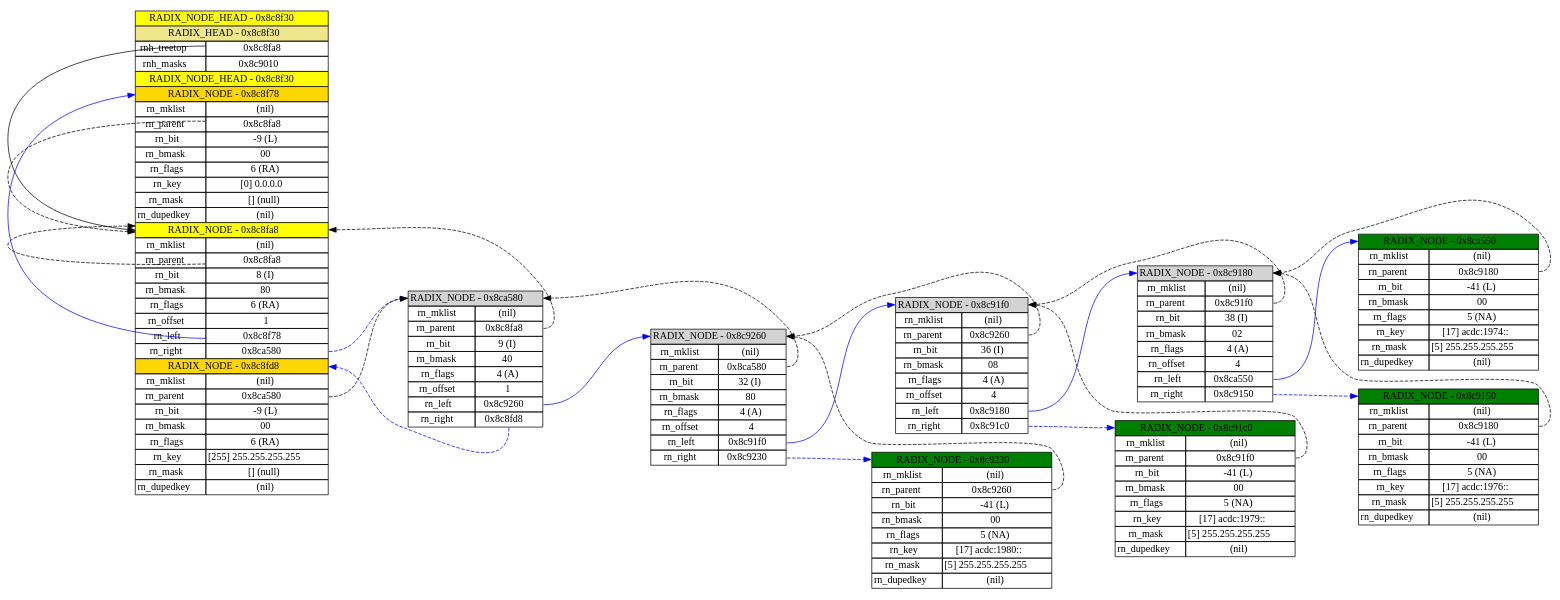
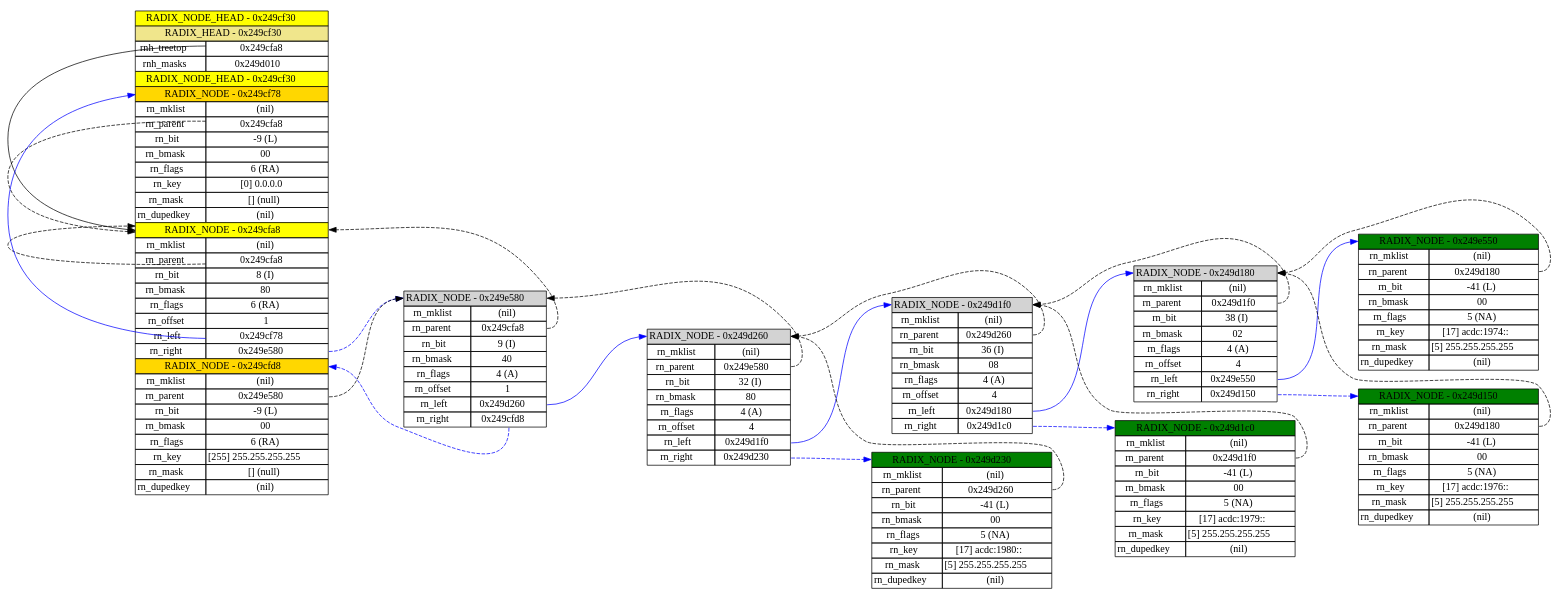
The diagram in pd-images/32c0111e72668ed0815d0192ce4465cf0da51ed9.dot (hertogp/iptable), drawn with Graphviz before and after one commit. The commit also changed 10 other files, not shown here.

```diff
--- a/pd-images/32c0111e72668ed0815d0192ce4465cf0da51ed9.dot
+++ b/pd-images/32c0111e72668ed0815d0192ce4465cf0da51ed9.dot
@@ -1,167 +1,167 @@
 digraph G {
   rankdir="LR";
   ranksep="1.0 equally";
 
-N0x8c8f30 [label=<  <TABLE BORDER="0" CELLBORDER="1" CELLSPACING="0">
-    <TR><TD PORT="N0x8c8f30" COLSPAN="2" BGCOLOR="yellow">RADIX_NODE_HEAD - 0x8c8f30</TD></TR>
-    <TR><TD PORT="N0x8c8f30" COLSPAN="2" BGCOLOR="khaki">RADIX_HEAD - 0x8c8f30</TD></TR>
-    <TR><TD>rnh_treetop</TD><TD PORT="N0x8c8f30_2">0x8c8fa8</TD></TR>
-    <TR><TD>rnh_masks</TD><TD> 0x8c9010 </TD></TR>
-    <TR><TD PORT="N0x8c8f30" COLSPAN="2" BGCOLOR="yellow">RADIX_NODE_HEAD - 0x8c8f30</TD></TR>
-    <TR><TD PORT="N0x8c8f78" COLSPAN="2" BGCOLOR="gold">RADIX_NODE - 0x8c8f78</TD></TR>
+N0x249cf30 [label=<  <TABLE BORDER="0" CELLBORDER="1" CELLSPACING="0">
+    <TR><TD PORT="N0x249cf30" COLSPAN="2" BGCOLOR="yellow">RADIX_NODE_HEAD - 0x249cf30</TD></TR>
+    <TR><TD PORT="N0x249cf30" COLSPAN="2" BGCOLOR="khaki">RADIX_HEAD - 0x249cf30</TD></TR>
+    <TR><TD>rnh_treetop</TD><TD PORT="N0x249cf30_2">0x249cfa8</TD></TR>
+    <TR><TD>rnh_masks</TD><TD> 0x249d010 </TD></TR>
+    <TR><TD PORT="N0x249cf30" COLSPAN="2" BGCOLOR="yellow">RADIX_NODE_HEAD - 0x249cf30</TD></TR>
+    <TR><TD PORT="N0x249cf78" COLSPAN="2" BGCOLOR="gold">RADIX_NODE - 0x249cf78</TD></TR>
     <TR><TD>rn_mklist</TD><TD>(nil)</TD></TR>
-    <TR><TD>rn_parent</TD><TD PORT="N0x8c8f30_7">0x8c8fa8</TD></TR>
+    <TR><TD>rn_parent</TD><TD PORT="N0x249cf30_7">0x249cfa8</TD></TR>
     <TR><TD>rn_bit</TD><TD>-9 (L)</TD></TR>
     <TR><TD>rn_bmask</TD><TD>00</TD></TR>
     <TR><TD>rn_flags</TD><TD>6 (RA)</TD></TR>
     <TR><TD>rn_key</TD><TD>[0] 0.0.0.0</TD></TR>
     <TR><TD>rn_mask</TD><TD>[] (null)</TD></TR>
     <TR><TD>rn_dupedkey</TD><TD>(nil)</TD></TR>
-    <TR><TD PORT="N0x8c8fa8" COLSPAN="2" BGCOLOR="yellow">RADIX_NODE - 0x8c8fa8</TD></TR>
+    <TR><TD PORT="N0x249cfa8" COLSPAN="2" BGCOLOR="yellow">RADIX_NODE - 0x249cfa8</TD></TR>
     <TR><TD>rn_mklist</TD><TD>(nil)</TD></TR>
-    <TR><TD>rn_parent</TD><TD PORT="N0x8c8f30_16">0x8c8fa8</TD></TR>
+    <TR><TD>rn_parent</TD><TD PORT="N0x249cf30_16">0x249cfa8</TD></TR>
     <TR><TD>rn_bit</TD><TD>8 (I)</TD></TR>
     <TR><TD>rn_bmask</TD><TD>80</TD></TR>
     <TR><TD>rn_flags</TD><TD>6 (RA)</TD></TR>
     <TR><TD>rn_offset</TD><TD>1</TD></TR>
-    <TR><TD>rn_left</TD><TD PORT="N0x8c8f30_21">0x8c8f78</TD></TR>
-    <TR><TD>rn_right</TD><TD PORT="N0x8c8f30_22">0x8ca580</TD></TR>
-    <TR><TD PORT="N0x8c8fd8" COLSPAN="2" BGCOLOR="gold">RADIX_NODE - 0x8c8fd8</TD></TR>
+    <TR><TD>rn_left</TD><TD PORT="N0x249cf30_21">0x249cf78</TD></TR>
+    <TR><TD>rn_right</TD><TD PORT="N0x249cf30_22">0x249e580</TD></TR>
+    <TR><TD PORT="N0x249cfd8" COLSPAN="2" BGCOLOR="gold">RADIX_NODE - 0x249cfd8</TD></TR>
     <TR><TD>rn_mklist</TD><TD>(nil)</TD></TR>
-    <TR><TD>rn_parent</TD><TD PORT="N0x8c8f30_25">0x8ca580</TD></TR>
+    <TR><TD>rn_parent</TD><TD PORT="N0x249cf30_25">0x249e580</TD></TR>
     <TR><TD>rn_bit</TD><TD>-9 (L)</TD></TR>
     <TR><TD>rn_bmask</TD><TD>00</TD></TR>
     <TR><TD>rn_flags</TD><TD>6 (RA)</TD></TR>
     <TR><TD>rn_key</TD><TD>[255] 255.255.255.255</TD></TR>
     <TR><TD>rn_mask</TD><TD>[] (null)</TD></TR>
     <TR><TD>rn_dupedkey</TD><TD>(nil)</TD></TR>
   </TABLE>
 >,shape="plaintext"];
 
-N0x8ca580 [label=<  <TABLE BORDER="0" CELLBORDER="1" CELLSPACING="0">
-    <TR><TD PORT="N0x8ca580" COLSPAN="2" BGCOLOR="lightgrey">RADIX_NODE - 0x8ca580</TD></TR>
+N0x249e580 [label=<  <TABLE BORDER="0" CELLBORDER="1" CELLSPACING="0">
+    <TR><TD PORT="N0x249e580" COLSPAN="2" BGCOLOR="lightgrey">RADIX_NODE - 0x249e580</TD></TR>
     <TR><TD>rn_mklist</TD><TD>(nil)</TD></TR>
-    <TR><TD>rn_parent</TD><TD PORT="N0x8ca580_2">0x8c8fa8</TD></TR>
+    <TR><TD>rn_parent</TD><TD PORT="N0x249e580_2">0x249cfa8</TD></TR>
     <TR><TD>rn_bit</TD><TD>9 (I)</TD></TR>
     <TR><TD>rn_bmask</TD><TD>40</TD></TR>
     <TR><TD>rn_flags</TD><TD>4 (A)</TD></TR>
     <TR><TD>rn_offset</TD><TD>1</TD></TR>
-    <TR><TD>rn_left</TD><TD PORT="N0x8ca580_7">0x8c9260</TD></TR>
-    <TR><TD>rn_right</TD><TD PORT="N0x8ca580_8">0x8c8fd8</TD></TR>
+    <TR><TD>rn_left</TD><TD PORT="N0x249e580_7">0x249d260</TD></TR>
+    <TR><TD>rn_right</TD><TD PORT="N0x249e580_8">0x249cfd8</TD></TR>
   </TABLE>
 >,shape="plaintext"];
 
-N0x8c9260 [label=<  <TABLE BORDER="0" CELLBORDER="1" CELLSPACING="0">
-    <TR><TD PORT="N0x8c9260" COLSPAN="2" BGCOLOR="lightgrey">RADIX_NODE - 0x8c9260</TD></TR>
+N0x249d260 [label=<  <TABLE BORDER="0" CELLBORDER="1" CELLSPACING="0">
+    <TR><TD PORT="N0x249d260" COLSPAN="2" BGCOLOR="lightgrey">RADIX_NODE - 0x249d260</TD></TR>
     <TR><TD>rn_mklist</TD><TD>(nil)</TD></TR>
-    <TR><TD>rn_parent</TD><TD PORT="N0x8c9260_2">0x8ca580</TD></TR>
+    <TR><TD>rn_parent</TD><TD PORT="N0x249d260_2">0x249e580</TD></TR>
     <TR><TD>rn_bit</TD><TD>32 (I)</TD></TR>
     <TR><TD>rn_bmask</TD><TD>80</TD></TR>
     <TR><TD>rn_flags</TD><TD>4 (A)</TD></TR>
     <TR><TD>rn_offset</TD><TD>4</TD></TR>
-    <TR><TD>rn_left</TD><TD PORT="N0x8c9260_7">0x8c91f0</TD></TR>
-    <TR><TD>rn_right</TD><TD PORT="N0x8c9260_8">0x8c9230</TD></TR>
+    <TR><TD>rn_left</TD><TD PORT="N0x249d260_7">0x249d1f0</TD></TR>
+    <TR><TD>rn_right</TD><TD PORT="N0x249d260_8">0x249d230</TD></TR>
   </TABLE>
 >,shape="plaintext"];
 
-N0x8c91f0 [label=<  <TABLE BORDER="0" CELLBORDER="1" CELLSPACING="0">
-    <TR><TD PORT="N0x8c91f0" COLSPAN="2" BGCOLOR="lightgrey">RADIX_NODE - 0x8c91f0</TD></TR>
+N0x249d1f0 [label=<  <TABLE BORDER="0" CELLBORDER="1" CELLSPACING="0">
+    <TR><TD PORT="N0x249d1f0" COLSPAN="2" BGCOLOR="lightgrey">RADIX_NODE - 0x249d1f0</TD></TR>
     <TR><TD>rn_mklist</TD><TD>(nil)</TD></TR>
-    <TR><TD>rn_parent</TD><TD PORT="N0x8c91f0_2">0x8c9260</TD></TR>
+    <TR><TD>rn_parent</TD><TD PORT="N0x249d1f0_2">0x249d260</TD></TR>
     <TR><TD>rn_bit</TD><TD>36 (I)</TD></TR>
     <TR><TD>rn_bmask</TD><TD>08</TD></TR>
     <TR><TD>rn_flags</TD><TD>4 (A)</TD></TR>
     <TR><TD>rn_offset</TD><TD>4</TD></TR>
-    <TR><TD>rn_left</TD><TD PORT="N0x8c91f0_7">0x8c9180</TD></TR>
-    <TR><TD>rn_right</TD><TD PORT="N0x8c91f0_8">0x8c91c0</TD></TR>
+    <TR><TD>rn_left</TD><TD PORT="N0x249d1f0_7">0x249d180</TD></TR>
+    <TR><TD>rn_right</TD><TD PORT="N0x249d1f0_8">0x249d1c0</TD></TR>
   </TABLE>
 >,shape="plaintext"];
 
-N0x8c9180 [label=<  <TABLE BORDER="0" CELLBORDER="1" CELLSPACING="0">
-    <TR><TD PORT="N0x8c9180" COLSPAN="2" BGCOLOR="lightgrey">RADIX_NODE - 0x8c9180</TD></TR>
+N0x249d180 [label=<  <TABLE BORDER="0" CELLBORDER="1" CELLSPACING="0">
+    <TR><TD PORT="N0x249d180" COLSPAN="2" BGCOLOR="lightgrey">RADIX_NODE - 0x249d180</TD></TR>
     <TR><TD>rn_mklist</TD><TD>(nil)</TD></TR>
-    <TR><TD>rn_parent</TD><TD PORT="N0x8c9180_2">0x8c91f0</TD></TR>
+    <TR><TD>rn_parent</TD><TD PORT="N0x249d180_2">0x249d1f0</TD></TR>
     <TR><TD>rn_bit</TD><TD>38 (I)</TD></TR>
     <TR><TD>rn_bmask</TD><TD>02</TD></TR>
     <TR><TD>rn_flags</TD><TD>4 (A)</TD></TR>
     <TR><TD>rn_offset</TD><TD>4</TD></TR>
-    <TR><TD>rn_left</TD><TD PORT="N0x8c9180_7">0x8ca550</TD></TR>
-    <TR><TD>rn_right</TD><TD PORT="N0x8c9180_8">0x8c9150</TD></TR>
+    <TR><TD>rn_left</TD><TD PORT="N0x249d180_7">0x249e550</TD></TR>
+    <TR><TD>rn_right</TD><TD PORT="N0x249d180_8">0x249d150</TD></TR>
   </TABLE>
 >,shape="plaintext"];
 
-N0x8ca550 [label=<  <TABLE BORDER="0" CELLBORDER="1" CELLSPACING="0">
-    <TR><TD PORT="N0x8ca550" COLSPAN="2" BGCOLOR="green">RADIX_NODE - 0x8ca550</TD></TR>
+N0x249e550 [label=<  <TABLE BORDER="0" CELLBORDER="1" CELLSPACING="0">
+    <TR><TD PORT="N0x249e550" COLSPAN="2" BGCOLOR="green">RADIX_NODE - 0x249e550</TD></TR>
     <TR><TD>rn_mklist</TD><TD>(nil)</TD></TR>
-    <TR><TD>rn_parent</TD><TD PORT="N0x8ca550_2">0x8c9180</TD></TR>
+    <TR><TD>rn_parent</TD><TD PORT="N0x249e550_2">0x249d180</TD></TR>
     <TR><TD>rn_bit</TD><TD>-41 (L)</TD></TR>
     <TR><TD>rn_bmask</TD><TD>00</TD></TR>
     <TR><TD>rn_flags</TD><TD>5 (NA)</TD></TR>
     <TR><TD>rn_key</TD><TD>[17] acdc:1974::</TD></TR>
     <TR><TD>rn_mask</TD><TD>[5] 255.255.255.255</TD></TR>
     <TR><TD>rn_dupedkey</TD><TD>(nil)</TD></TR>
   </TABLE>
 >,shape="plaintext"];
 
-N0x8c9150 [label=<  <TABLE BORDER="0" CELLBORDER="1" CELLSPACING="0">
-    <TR><TD PORT="N0x8c9150" COLSPAN="2" BGCOLOR="green">RADIX_NODE - 0x8c9150</TD></TR>
+N0x249d150 [label=<  <TABLE BORDER="0" CELLBORDER="1" CELLSPACING="0">
+    <TR><TD PORT="N0x249d150" COLSPAN="2" BGCOLOR="green">RADIX_NODE - 0x249d150</TD></TR>
     <TR><TD>rn_mklist</TD><TD>(nil)</TD></TR>
-    <TR><TD>rn_parent</TD><TD PORT="N0x8c9150_2">0x8c9180</TD></TR>
+    <TR><TD>rn_parent</TD><TD PORT="N0x249d150_2">0x249d180</TD></TR>
     <TR><TD>rn_bit</TD><TD>-41 (L)</TD></TR>
     <TR><TD>rn_bmask</TD><TD>00</TD></TR>
     <TR><TD>rn_flags</TD><TD>5 (NA)</TD></TR>
     <TR><TD>rn_key</TD><TD>[17] acdc:1976::</TD></TR>
     <TR><TD>rn_mask</TD><TD>[5] 255.255.255.255</TD></TR>
     <TR><TD>rn_dupedkey</TD><TD>(nil)</TD></TR>
   </TABLE>
 >,shape="plaintext"];
 
-N0x8c91c0 [label=<  <TABLE BORDER="0" CELLBORDER="1" CELLSPACING="0">
-    <TR><TD PORT="N0x8c91c0" COLSPAN="2" BGCOLOR="green">RADIX_NODE - 0x8c91c0</TD></TR>
+N0x249d1c0 [label=<  <TABLE BORDER="0" CELLBORDER="1" CELLSPACING="0">
+    <TR><TD PORT="N0x249d1c0" COLSPAN="2" BGCOLOR="green">RADIX_NODE - 0x249d1c0</TD></TR>
     <TR><TD>rn_mklist</TD><TD>(nil)</TD></TR>
-    <TR><TD>rn_parent</TD><TD PORT="N0x8c91c0_2">0x8c91f0</TD></TR>
+    <TR><TD>rn_parent</TD><TD PORT="N0x249d1c0_2">0x249d1f0</TD></TR>
     <TR><TD>rn_bit</TD><TD>-41 (L)</TD></TR>
     <TR><TD>rn_bmask</TD><TD>00</TD></TR>
     <TR><TD>rn_flags</TD><TD>5 (NA)</TD></TR>
     <TR><TD>rn_key</TD><TD>[17] acdc:1979::</TD></TR>
     <TR><TD>rn_mask</TD><TD>[5] 255.255.255.255</TD></TR>
     <TR><TD>rn_dupedkey</TD><TD>(nil)</TD></TR>
   </TABLE>
 >,shape="plaintext"];
 
-N0x8c9230 [label=<  <TABLE BORDER="0" CELLBORDER="1" CELLSPACING="0">
-    <TR><TD PORT="N0x8c9230" COLSPAN="2" BGCOLOR="green">RADIX_NODE - 0x8c9230</TD></TR>
+N0x249d230 [label=<  <TABLE BORDER="0" CELLBORDER="1" CELLSPACING="0">
+    <TR><TD PORT="N0x249d230" COLSPAN="2" BGCOLOR="green">RADIX_NODE - 0x249d230</TD></TR>
     <TR><TD>rn_mklist</TD><TD>(nil)</TD></TR>
-    <TR><TD>rn_parent</TD><TD PORT="N0x8c9230_2">0x8c9260</TD></TR>
+    <TR><TD>rn_parent</TD><TD PORT="N0x249d230_2">0x249d260</TD></TR>
     <TR><TD>rn_bit</TD><TD>-41 (L)</TD></TR>
     <TR><TD>rn_bmask</TD><TD>00</TD></TR>
     <TR><TD>rn_flags</TD><TD>5 (NA)</TD></TR>
     <TR><TD>rn_key</TD><TD>[17] acdc:1980::</TD></TR>
     <TR><TD>rn_mask</TD><TD>[5] 255.255.255.255</TD></TR>
     <TR><TD>rn_dupedkey</TD><TD>(nil)</TD></TR>
   </TABLE>
 >,shape="plaintext"];
 
-N0x8c8f30:N0x8c8f30_2 -> N0x8c8f30:N0x8c8fa8 [style="solid", color="black"]
-N0x8c8f30:N0x8c8f30_7 -> N0x8c8f30:N0x8c8fa8 [style="dashed"]
-N0x8c8f30:N0x8c8f30_16 -> N0x8c8f30:N0x8c8fa8 [style="dashed"]
-N0x8c8f30:N0x8c8f30_21 -> N0x8c8f30:N0x8c8f78 [style="solid",  color="blue"]
-N0x8c8f30:N0x8c8f30_22 -> N0x8ca580:N0x8ca580 [style="dashed",  color="blue"]
-N0x8c8f30:N0x8c8f30_25 -> N0x8ca580:N0x8ca580 [style="dashed"]
-N0x8ca580:N0x8ca580_2 -> N0x8c8f30:N0x8c8fa8 [style="dashed"]
-N0x8ca580:N0x8ca580_7 -> N0x8c9260:N0x8c9260 [style="solid",  color="blue"]
-N0x8ca580:N0x8ca580_8 -> N0x8c8f30:N0x8c8fd8 [style="dashed",  color="blue"]
-N0x8c9260:N0x8c9260_2 -> N0x8ca580:N0x8ca580 [style="dashed"]
-N0x8c9260:N0x8c9260_7 -> N0x8c91f0:N0x8c91f0 [style="solid",  color="blue"]
-N0x8c9260:N0x8c9260_8 -> N0x8c9230:N0x8c9230 [style="dashed",  color="blue"]
-N0x8c91f0:N0x8c91f0_2 -> N0x8c9260:N0x8c9260 [style="dashed"]
-N0x8c91f0:N0x8c91f0_7 -> N0x8c9180:N0x8c9180 [style="solid",  color="blue"]
-N0x8c91f0:N0x8c91f0_8 -> N0x8c91c0:N0x8c91c0 [style="dashed",  color="blue"]
-N0x8c9180:N0x8c9180_2 -> N0x8c91f0:N0x8c91f0 [style="dashed"]
-N0x8c9180:N0x8c9180_7 -> N0x8ca550:N0x8ca550 [style="solid",  color="blue"]
-N0x8c9180:N0x8c9180_8 -> N0x8c9150:N0x8c9150 [style="dashed",  color="blue"]
-N0x8ca550:N0x8ca550_2 -> N0x8c9180:N0x8c9180 [style="dashed"]
-N0x8c9150:N0x8c9150_2 -> N0x8c9180:N0x8c9180 [style="dashed"]
-N0x8c91c0:N0x8c91c0_2 -> N0x8c91f0:N0x8c91f0 [style="dashed"]
-N0x8c9230:N0x8c9230_2 -> N0x8c9260:N0x8c9260 [style="dashed"]
+N0x249cf30:N0x249cf30_2 -> N0x249cf30:N0x249cfa8 [style="solid", color="black"]
+N0x249cf30:N0x249cf30_7 -> N0x249cf30:N0x249cfa8 [style="dashed"]
+N0x249cf30:N0x249cf30_16 -> N0x249cf30:N0x249cfa8 [style="dashed"]
+N0x249cf30:N0x249cf30_21 -> N0x249cf30:N0x249cf78 [style="solid",  color="blue"]
+N0x249cf30:N0x249cf30_22 -> N0x249e580:N0x249e580 [style="dashed",  color="blue"]
+N0x249cf30:N0x249cf30_25 -> N0x249e580:N0x249e580 [style="dashed"]
+N0x249e580:N0x249e580_2 -> N0x249cf30:N0x249cfa8 [style="dashed"]
+N0x249e580:N0x249e580_7 -> N0x249d260:N0x249d260 [style="solid",  color="blue"]
+N0x249e580:N0x249e580_8 -> N0x249cf30:N0x249cfd8 [style="dashed",  color="blue"]
+N0x249d260:N0x249d260_2 -> N0x249e580:N0x249e580 [style="dashed"]
+N0x249d260:N0x249d260_7 -> N0x249d1f0:N0x249d1f0 [style="solid",  color="blue"]
+N0x249d260:N0x249d260_8 -> N0x249d230:N0x249d230 [style="dashed",  color="blue"]
+N0x249d1f0:N0x249d1f0_2 -> N0x249d260:N0x249d260 [style="dashed"]
+N0x249d1f0:N0x249d1f0_7 -> N0x249d180:N0x249d180 [style="solid",  color="blue"]
+N0x249d1f0:N0x249d1f0_8 -> N0x249d1c0:N0x249d1c0 [style="dashed",  color="blue"]
+N0x249d180:N0x249d180_2 -> N0x249d1f0:N0x249d1f0 [style="dashed"]
+N0x249d180:N0x249d180_7 -> N0x249e550:N0x249e550 [style="solid",  color="blue"]
+N0x249d180:N0x249d180_8 -> N0x249d150:N0x249d150 [style="dashed",  color="blue"]
+N0x249e550:N0x249e550_2 -> N0x249d180:N0x249d180 [style="dashed"]
+N0x249d150:N0x249d150_2 -> N0x249d180:N0x249d180 [style="dashed"]
+N0x249d1c0:N0x249d1c0_2 -> N0x249d1f0:N0x249d1f0 [style="dashed"]
+N0x249d230:N0x249d230_2 -> N0x249d260:N0x249d260 [style="dashed"]
 }
```
